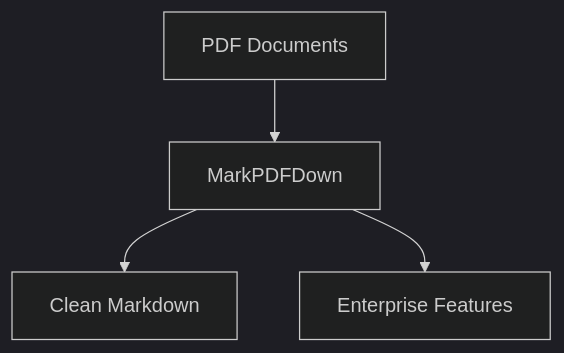
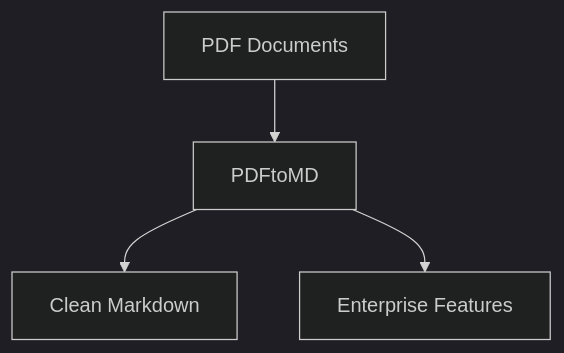
One commit to ch0t4nk/PDFtoMD changed the first of 11 diagrams in README.md. Above: the diagram before and after it, drawn with Mermaid (dark theme). The commit also changed other lines of this file and 23 other files, not shown here.

````diff
--- a/README.md
+++ b/README.md
@@ -11,6 +11,6 @@
 ```mermaid
 graph TB
-    A[PDF Documents] --> B[MarkPDFDown]
+    A[PDF Documents] --> B[PDFtoMD]
     B --> C[Clean Markdown]
     B --> D[Enterprise Features]
 ```
````
